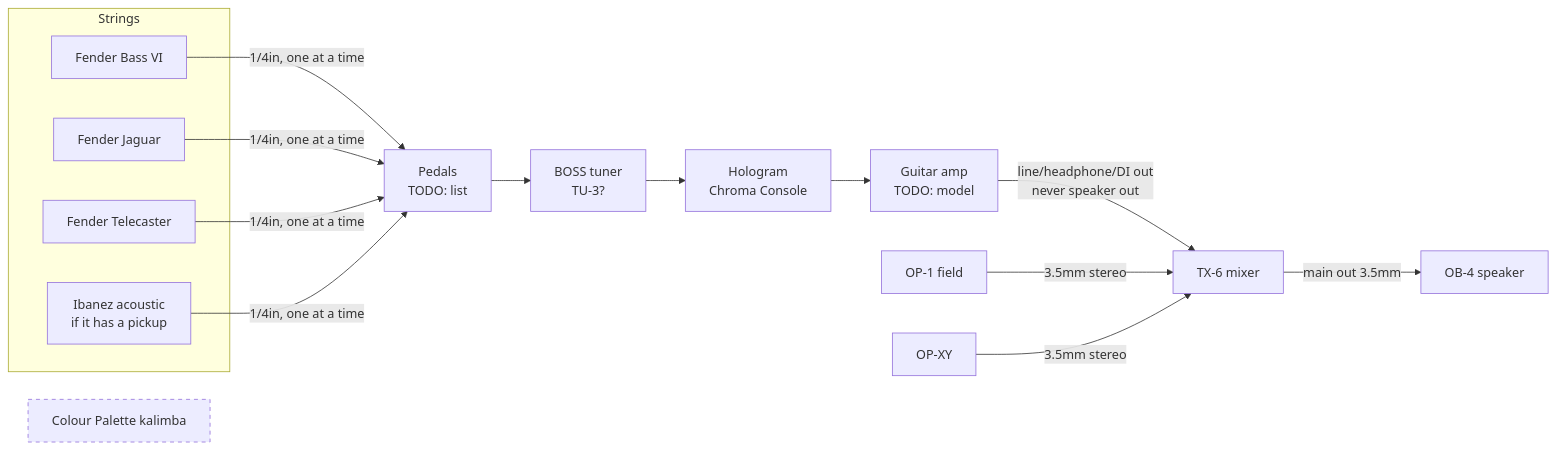
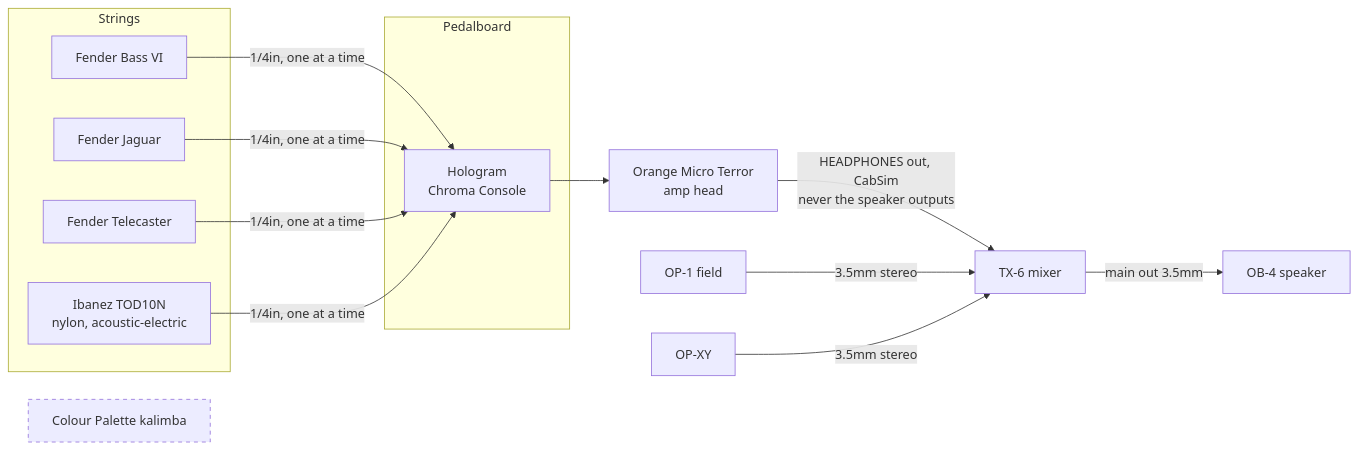
Before and after one commit to samelliottdlt/music: the diagram in setup/signal-chain.md, drawn with Mermaid. The commit also changed other lines of this file and 16 other files, not shown here.

First line of the commit message:
Apply Sam's rig update: Chroma Console only, Orange Micro Terror, Ibanez TOD10N

````diff
--- a/setup/signal-chain.md
+++ b/setup/signal-chain.md
@@ -5,24 +5,26 @@
 ```mermaid
 flowchart LR
     subgraph Strings
         BVI[Fender Bass VI]
         JAG[Fender Jaguar]
         TELE[Fender Telecaster]
-        IBZ[Ibanez acoustic<br/>if it has a pickup]
+        IBZ[Ibanez TOD10N<br/>nylon, acoustic-electric]
     end
 
-    BVI & JAG & TELE & IBZ -->|1/4in, one at a time| PEDALS[Pedals<br/>TODO: list]
-    PEDALS --> TUNER[BOSS tuner<br/>TU-3?]
-    TUNER --> CHROMA[Hologram<br/>Chroma Console]
-    CHROMA --> AMP[Guitar amp<br/>TODO: model]
-    AMP -->|line/headphone/DI out<br/>never speaker out| TX6
+    subgraph Pedalboard
+        CHROMA[Hologram<br/>Chroma Console]
+    end
+
+    BVI & JAG & TELE & IBZ -->|1/4in, one at a time| CHROMA
+    CHROMA --> AMP[Orange Micro Terror<br/>amp head]
+    AMP -->|HEADPHONES out, CabSim<br/>never the speaker outputs| TX6
 
     OP1[OP-1 field] -->|3.5mm stereo| TX6
     OPXY[OP-XY] -->|3.5mm stereo| TX6
 
     TX6[TX-6 mixer] -->|main out 3.5mm| OB4[OB-4 speaker]
 
     KAL[Colour Palette kalimba]:::notconnected
 
     classDef notconnected stroke-dasharray: 5 5
 ```
````
